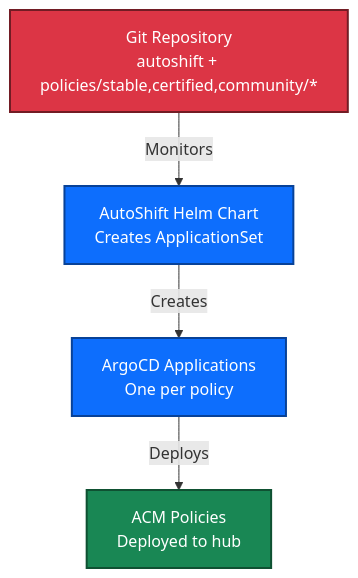
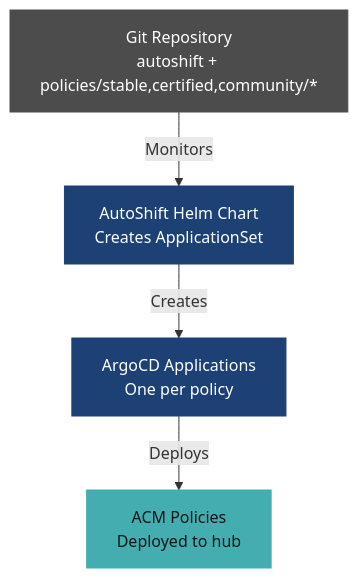
One commit to auto-shift/autoshiftv2 changed the first of 4 diagrams in docs/developer-guide.md. Above: the diagram before and after it, drawn with Mermaid. The commit also changed other lines of this file and 39 other files, not shown here.

````diff
--- a/docs/developer-guide.md
+++ b/docs/developer-guide.md
@@ -46,19 +42,19 @@
 ```mermaid
 flowchart TD
     Git[Git Repository<br/>autoshift + policies/stable,certified,community/*]
     AutoShift[AutoShift Helm Chart<br/>Creates ApplicationSet]
     Apps[ArgoCD Applications<br/>One per policy]
     Policies[ACM Policies<br/>Deployed to hub]
 
     Git -->|Monitors| AutoShift
     AutoShift -->|Creates| Apps
     Apps -->|Deploys| Policies
 
-    classDef git fill:#dc3545,stroke:#721c24,stroke-width:2px,color:#ffffff
-    classDef argo fill:#0d6efd,stroke:#084298,stroke-width:2px,color:#ffffff
-    classDef policy fill:#198754,stroke:#0f5132,stroke-width:2px,color:#ffffff
+    classDef git fill:#4C4C4C,stroke:#4C4C4C,color:#ffffff
+    classDef argo fill:#1D4174,stroke:#1D4174,color:#ffffff
+    classDef policy fill:#43ADAF,stroke:#43ADAF,color:#151515
 
     class Git git
     class AutoShift,Apps argo
     class Policies policy
 ```
````
